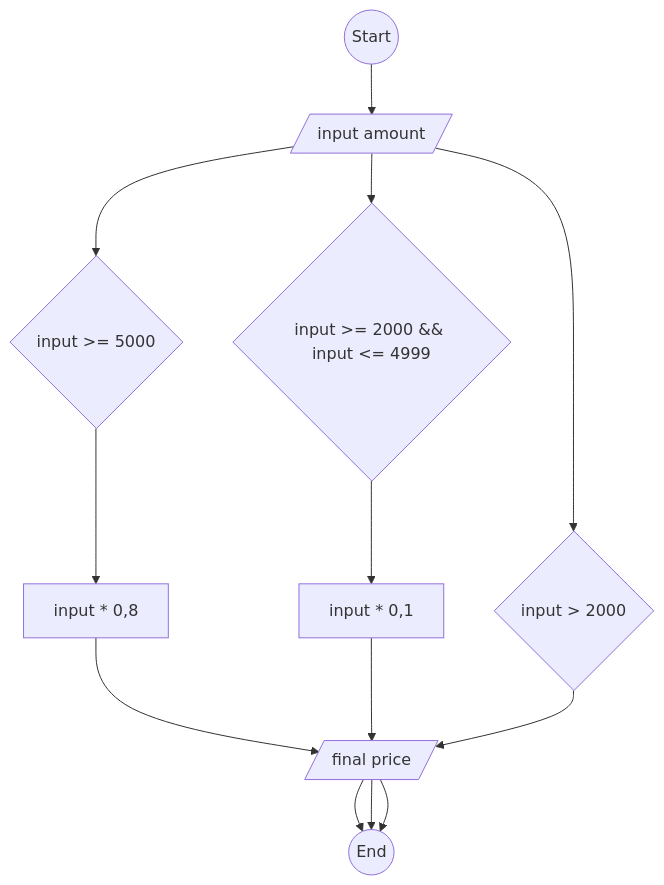
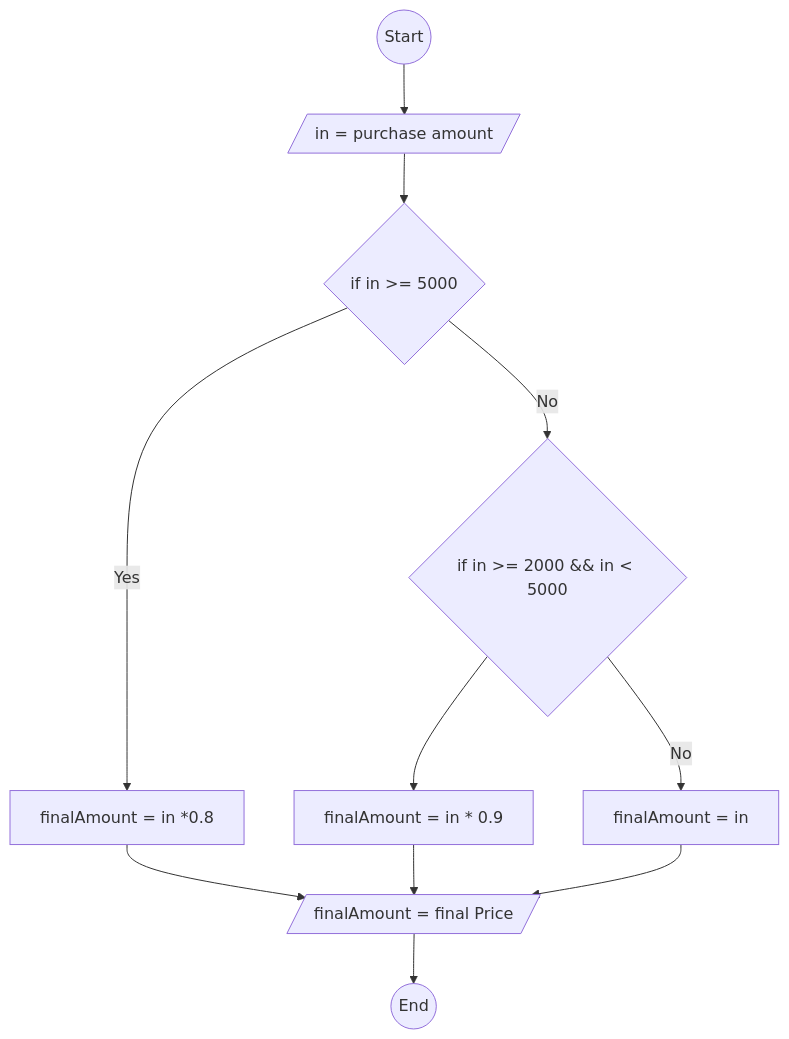
One commit to ihabau/Lexicon-lesson3-flowcharts changed the diagram in Exercise4.md. Above: the diagram before and after it, drawn with Mermaid. The commit also changed 3 other files, not shown here.

````diff
--- a/Exercise4.md
+++ b/Exercise4.md
@@ -29,7 +29,8 @@
 ```mermaid
 graph TD
-S((Start)) --> input[/input amount/]
-input --> ifdisc{input >= 5000} --> res1[input * 0,8] --> output[/res1/] --> E((End))
-input --> ifdisc2{input >= 2000 && input <= 4999} --> res2[input * 0,1] --> output[/res2/] --> E
-input --> else{input > 2000} --> output[/final price/] --> E
+S((Start)) --> input[/in = purchase amount/]
+input --> 5k{if in >= 5000} -- Yes --> calc1[finalAmount = in *0.8] --> output[/finalAmount = final Price/] --> E((End))
+5k -- No --> 2k{if in >= 2000 && in < 5000} --> calc2[finalAmount = in * 0.9] --> output
+2k -- No --> 0k[finalAmount = in] --> output
+
 ```
````
